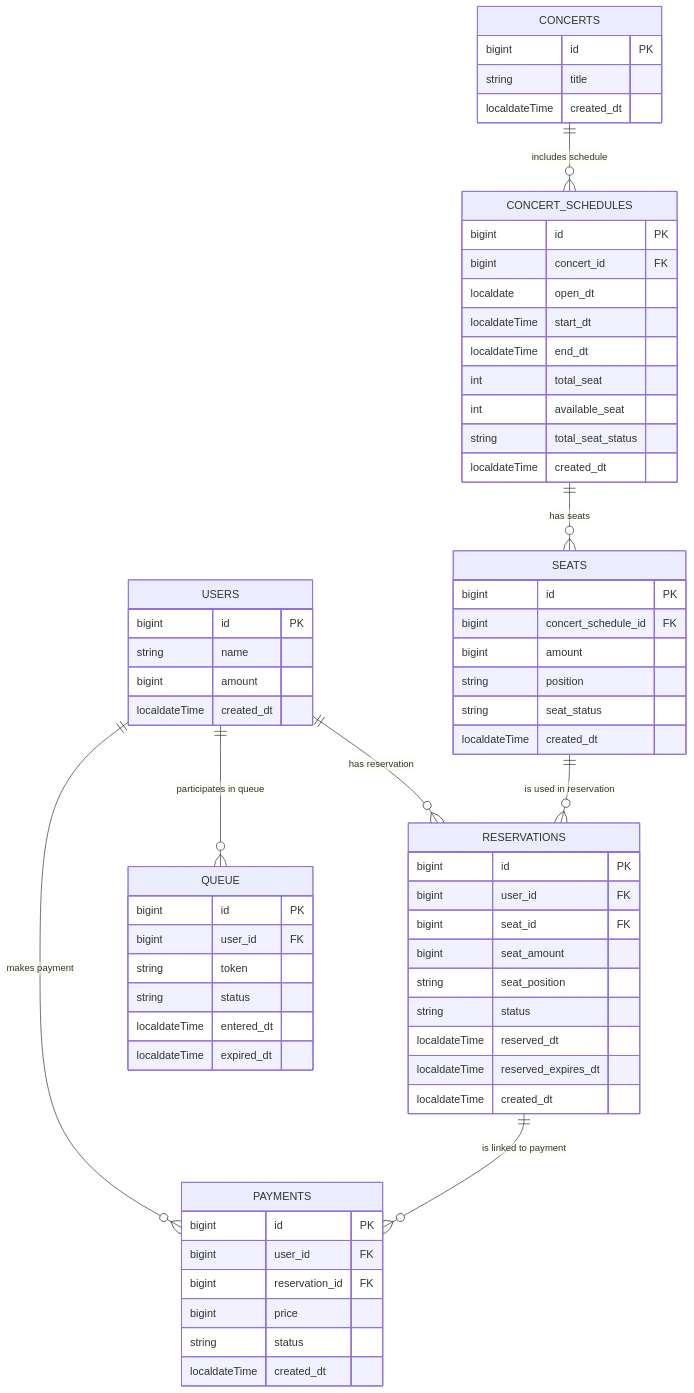
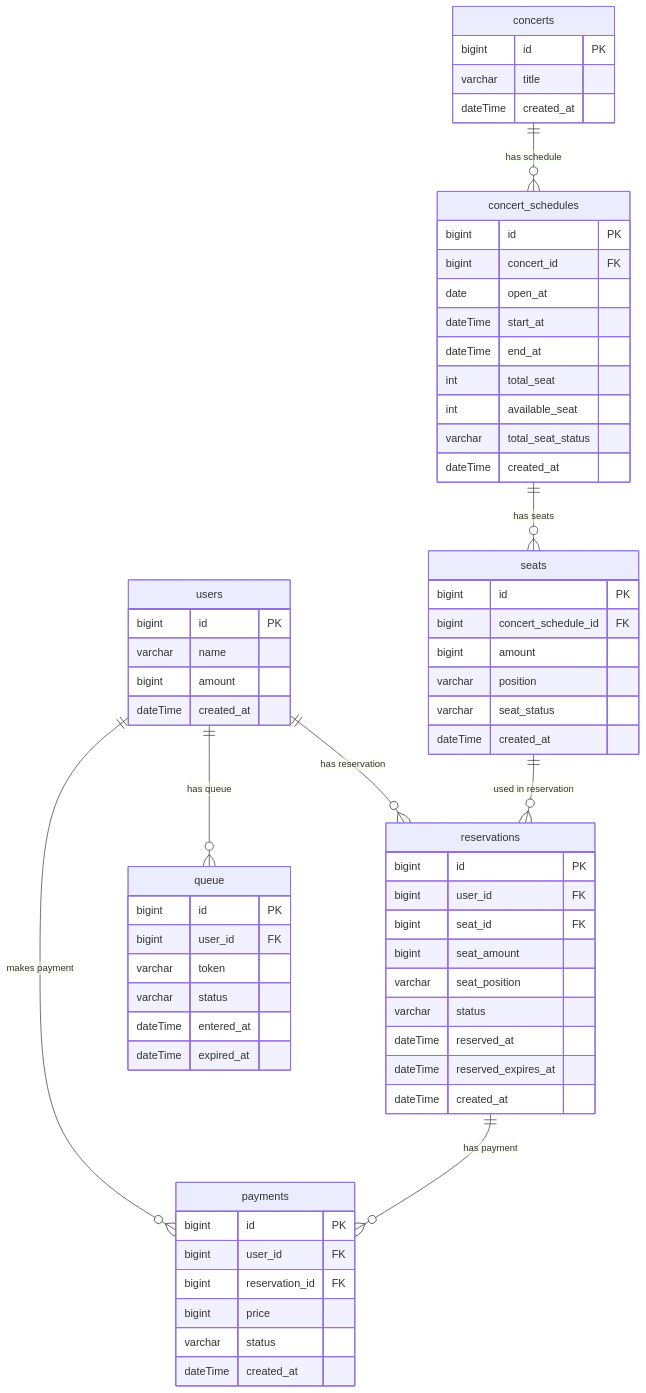
One commit to JEONGBEOMKO/hhplus-concert changed the diagram in hhplus-concert/src/docs/erd.md. Above: the diagram before and after it, drawn with Mermaid. The commit also changed other lines of this file, not shown here.

````diff
--- a/hhplus-concert/src/docs/erd.md
+++ b/hhplus-concert/src/docs/erd.md
@@ -1,82 +1,82 @@
 ```mermaid
 erDiagram
-%% Users 테이블: 사용자 정보 및 잔액 관리
-    USERS {
+%% users 테이블: 사용자 정보 및 잔액 관리
+    users {
         bigint id PK
-        string name
+        varchar name
         bigint amount
-        localdateTime created_dt
+        dateTime created_at
     }
 
-%% Concerts 테이블: 콘서트 정보 관리
-    CONCERTS {
+%% concerts 테이블: 콘서트 정보 관리
+    concerts {
         bigint id PK
-        string title
-        localdateTime created_dt
+        varchar title
+        dateTime created_at
     }
 
-%% Concert Schedules 테이블: 콘서트 일정 정보 관리
-    CONCERT_SCHEDULES {
+%% concert_schedules 테이블: 콘서트 일정 정보 관리
+    concert_schedules {
         bigint id PK
         bigint concert_id FK
-        localdate open_dt
-        localdateTime start_dt
-        localdateTime end_dt
+        date open_at
+        dateTime start_at
+        dateTime end_at
         int total_seat
         int available_seat
-        string total_seat_status
-        localdateTime created_dt
+        varchar total_seat_status
+        dateTime created_at
     }
 
-%% Seats 테이블: 콘서트 좌석 정보 관리
-    SEATS {
+%% seats 테이블: 콘서트 좌석 정보 관리
+    seats {
         bigint id PK
         bigint concert_schedule_id FK
         bigint amount
-        string position
-        string seat_status
-        localdateTime created_dt
+        varchar position
+        varchar seat_status
+        dateTime created_at
     }
 
-%% Reservations 테이블: 예약 정보 관리
-    RESERVATIONS {
+%% reservations 테이블: 예약 정보 관리
+    reservations {
         bigint id PK
         bigint user_id FK
         bigint seat_id FK
         bigint seat_amount
-        string seat_position
-        string status
-        localdateTime reserved_dt
-        localdateTime reserved_expires_dt
-        localdateTime created_dt
+        varchar seat_position
+        varchar status
+        dateTime reserved_at
+        dateTime reserved_expires_at
+        dateTime created_at
     }
 
-%% Queue 테이블: 대기열 관리
-    QUEUE {
+%% queue 테이블: 대기열 관리
+    queue {
         bigint id PK
         bigint user_id FK
-        string token
-        string status
-        localdateTime entered_dt
-        localdateTime expired_dt
+        varchar token
+        varchar status
+        dateTime entered_at
+        dateTime expired_at
     }
 
-%% Payments 테이블: 결제 정보 관리
-    PAYMENTS {
+%% payments 테이블: 결제 정보 관리
+    payments {
         bigint id PK
         bigint user_id FK
         bigint reservation_id FK
         bigint price
-        string status
-        localdateTime created_dt
+        varchar status
+        dateTime created_at
     }
 
 %% 테이블 간 관계
-    USERS ||--o{ RESERVATIONS : "has reservation"
-    CONCERTS ||--o{ CONCERT_SCHEDULES : "includes schedule"
-    CONCERT_SCHEDULES ||--o{ SEATS : "has seats"
-    SEATS ||--o{ RESERVATIONS : "is used in reservation"
-    RESERVATIONS ||--o{ PAYMENTS : "is linked to payment"
-    USERS ||--o{ QUEUE : "participates in queue"
-    USERS ||--o{ PAYMENTS : "makes payment"
+    users ||--o{ reservations : "has reservation"
+    concerts ||--o{ concert_schedules : "has schedule"
+    concert_schedules ||--o{ seats : "has seats"
+    seats ||--o{ reservations : "used in reservation"
+    reservations ||--o{ payments : "has payment"
+    users ||--o{ queue : "has queue"
+    users ||--o{ payments : "makes payment"
 ```
````
